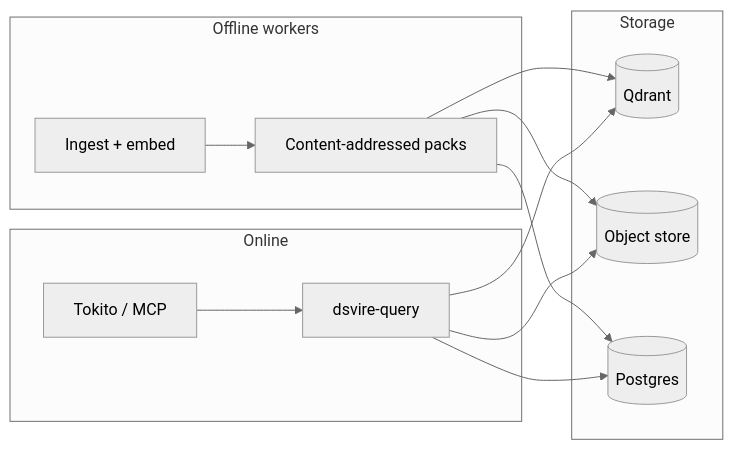
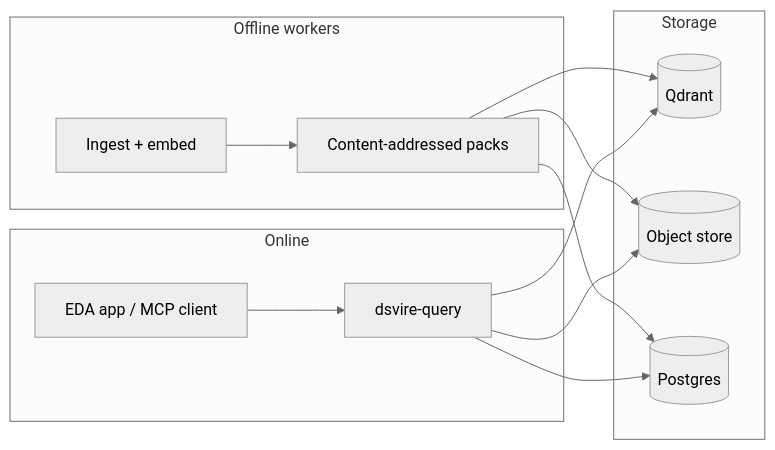
Before and after one commit to TokitoAI/tokito-dsvire: the third of 6 diagrams in docs/TECHNICAL_BIBLE.md, drawn with Mermaid (neutral theme). The commit also changed other lines of this file and 4 other files, not shown here.

First line of the commit message:
docs: public-facing rewrite and fix Mermaid IDs

````diff
--- a/docs/TECHNICAL_BIBLE.md
+++ b/docs/TECHNICAL_BIBLE.md
@@ -196,17 +170,17 @@
 ```mermaid
 flowchart LR
-  subgraph offline [Offline workers]
+  subgraph offlineWorkers [Offline workers]
     ingest[Ingest + embed] --> packs[Content-addressed packs]
   end
-  subgraph store [Storage]
+  subgraph storage [Storage]
     packs --> qdrant[(Qdrant)]
-    packs --> s3[(Object store)]
+    packs --> obj[(Object store)]
     packs --> pg[(Postgres)]
   end
-  subgraph online [Online]
-    client[Tokito / MCP] --> api[dsvire-query]
+  subgraph onlinePath [Online]
+    app[EDA app / MCP client] --> api[dsvire-query]
     api --> qdrant
-    api --> s3
+    api --> obj
     api --> pg
   end
 ```
````
